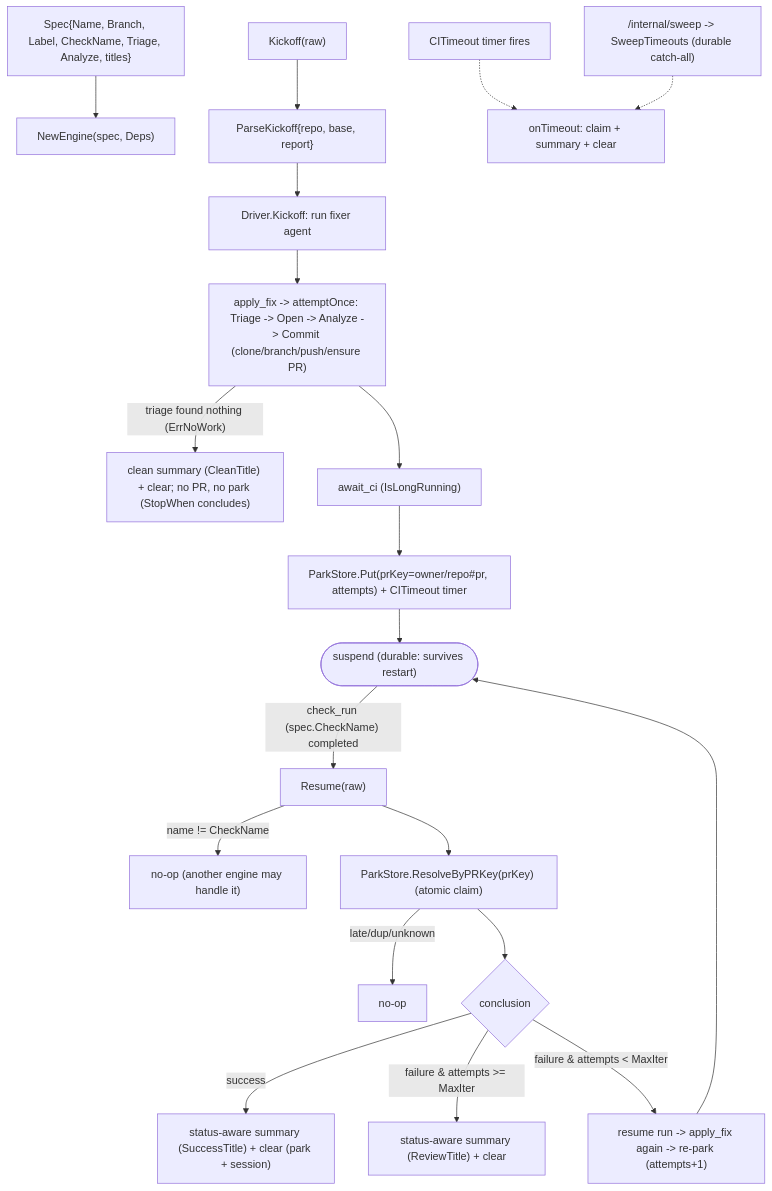
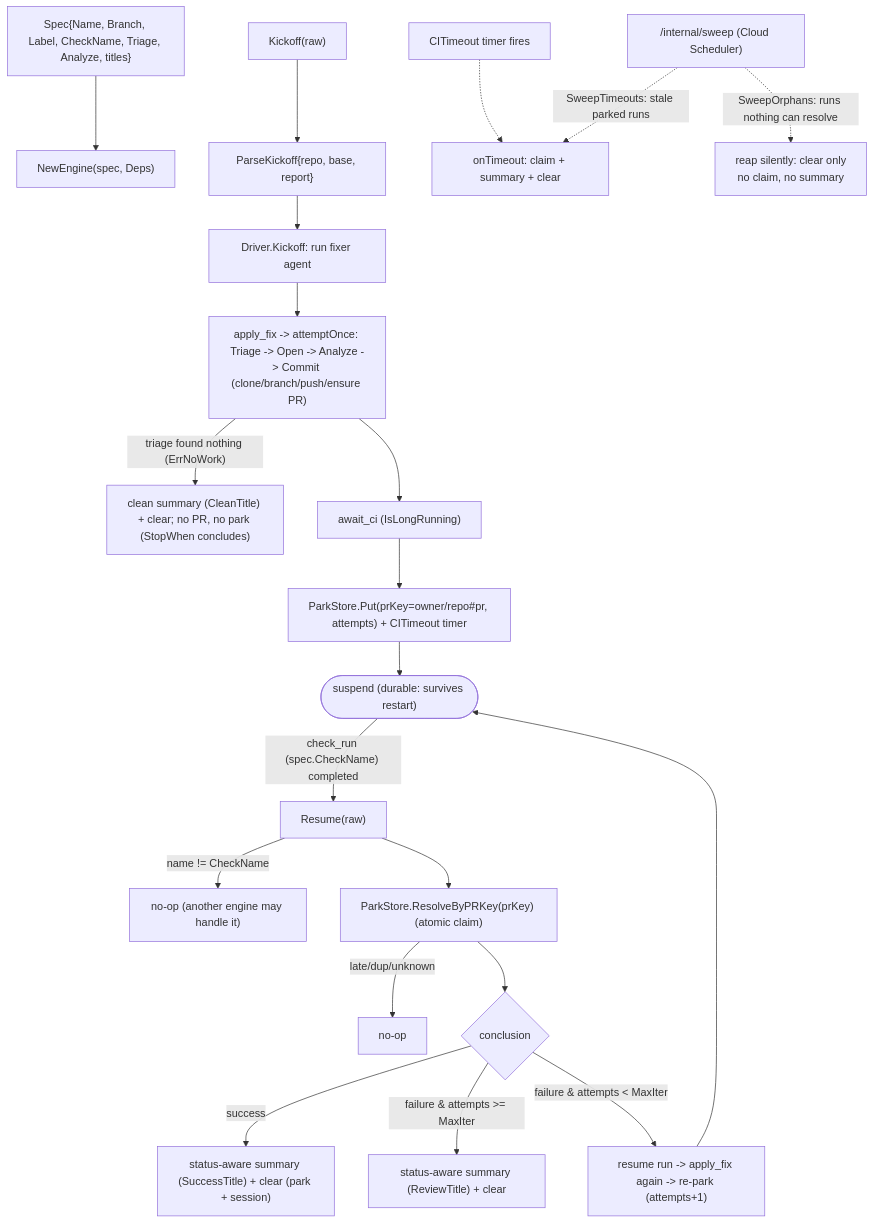
One commit to jkjamies/automation-agent changed the diagram in okf/modules/agents/fixflow.md. Above: the diagram before and after it, drawn with Mermaid. The commit also changed other lines of this file and 18 other files, not shown here.

First line of the commit message:
Reap fix runs that nothing can ever resolve (#57)

````diff
--- a/okf/modules/agents/fixflow.md
+++ b/okf/modules/agents/fixflow.md
@@ -34,23 +34,24 @@
 ```mermaid
 flowchart TD
     Spec["Spec{Name, Branch, Label, CheckName, Triage, Analyze, titles}"] --> E["NewEngine(spec, Deps)"]
     K["Kickoff(raw)"] --> KP["ParseKickoff{repo, base, report}"]
     KP --> DK["Driver.Kickoff: run fixer agent"]
     DK --> AF["apply_fix -> attemptOnce: Triage -> Open -> Analyze -> Commit (clone/branch/push/ensure PR)"]
     AF -->|"triage found nothing (ErrNoWork)"| CLN["clean summary (CleanTitle) + clear; no PR, no park (StopWhen concludes)"]
     AF --> AW["await_ci (IsLongRunning)"]
     AW --> PK["ParkStore.Put(prKey=owner/repo#pr, attempts) + CITimeout timer"]
     PK --> SUS(["suspend (durable: survives restart)"])
 
     SUS -->|"check_run (spec.CheckName) completed"| R["Resume(raw)"]
     R -->|"name != CheckName"| NO["no-op (another engine may handle it)"]
     R --> RES["ParkStore.ResolveByPRKey(prKey) (atomic claim)"]
     RES -->|"late/dup/unknown"| NO2["no-op"]
     RES --> C{conclusion}
     C -->|success| OK["status-aware summary (SuccessTitle) + clear (park + session)"]
     C -->|"failure & attempts >= MaxIter"| HRV["status-aware summary (ReviewTitle) + clear"]
     C -->|"failure & attempts < MaxIter"| RT["resume run -> apply_fix again -> re-park (attempts+1)"]
     RT --> SUS
     TO["CITimeout timer fires"] -.-> TON["onTimeout: claim + summary + clear"]
-    SW["/internal/sweep -> SweepTimeouts (durable catch-all)"] -.-> TON
+    SW["/internal/sweep (Cloud Scheduler)"] -.->|"SweepTimeouts: stale parked runs"| TON
+    SW -.->|"SweepOrphans: runs nothing can resolve"| ORPH["reap silently: clear only<br/>no claim, no summary"]
 ```
````
